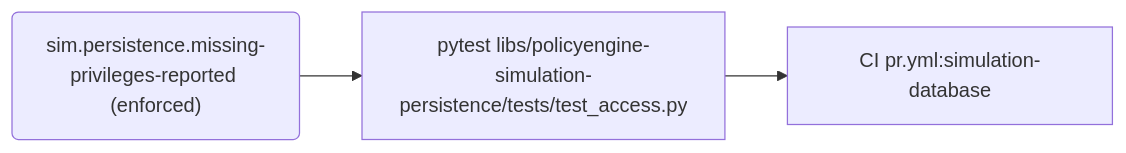
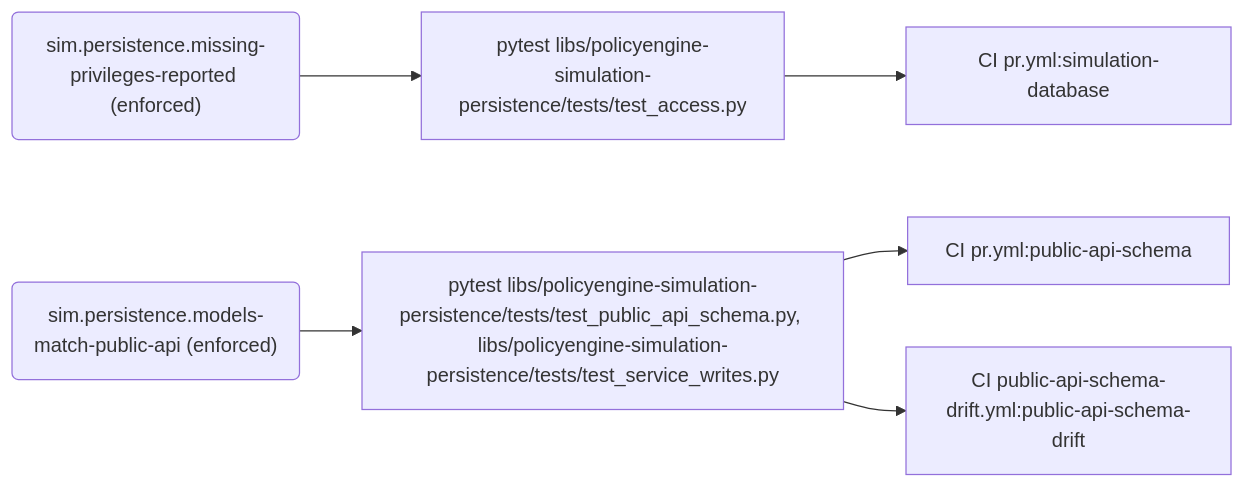
One commit to PolicyEngine/policyengine-sim-api changed the third of 11 diagrams in docs/generated/rules.md. Above: the diagram before and after it, drawn with Mermaid. The commit also changed other lines of this file and 18 other files, not shown here.

````diff
--- a/docs/generated/rules.md
+++ b/docs/generated/rules.md
@@ -145,8 +146,15 @@
 ```mermaid
 flowchart LR
   r_sim_persistence_missing_privileges_reported("sim.persistence.missing-privileges-reported (enforced)")
   e_pytest_libs_policyengine_simulation_persistence_tests_test_access_py["pytest libs/policyengine-simulation-persistence/tests/test_access.py"]
   j_CI_pr_yml_simulation_database["CI pr.yml:simulation-database"]
+  r_sim_persistence_models_match_public_api("sim.persistence.models-match-public-api (enforced)")
+  e_pytest_libs_policyengine_simulation_persistence_tests_test_public_api_schema_py__libs_policyengine_simulation_persistence_tests_test_service_writes_py["pytest libs/policyengine-simulation-persistence/tests/test_public_api_schema.py, libs/policyengine-simulation-persistence/tests/test_service_writes.py"]
+  j_CI_pr_yml_public_api_schema["CI pr.yml:public-api-schema"]
+  j_CI_public_api_schema_drift_yml_public_api_schema_drift["CI public-api-schema-drift.yml:public-api-schema-drift"]
   r_sim_persistence_missing_privileges_reported --> e_pytest_libs_policyengine_simulation_persistence_tests_test_access_py
   e_pytest_libs_policyengine_simulation_persistence_tests_test_access_py --> j_CI_pr_yml_simulation_database
+  r_sim_persistence_models_match_public_api --> e_pytest_libs_policyengine_simulation_persistence_tests_test_public_api_schema_py__libs_policyengine_simulation_persistence_tests_test_service_writes_py
+  e_pytest_libs_policyengine_simulation_persistence_tests_test_public_api_schema_py__libs_policyengine_simulation_persistence_tests_test_service_writes_py --> j_CI_pr_yml_public_api_schema
+  e_pytest_libs_policyengine_simulation_persistence_tests_test_public_api_schema_py__libs_policyengine_simulation_persistence_tests_test_service_writes_py --> j_CI_public_api_schema_drift_yml_public_api_schema_drift
 ```
````
